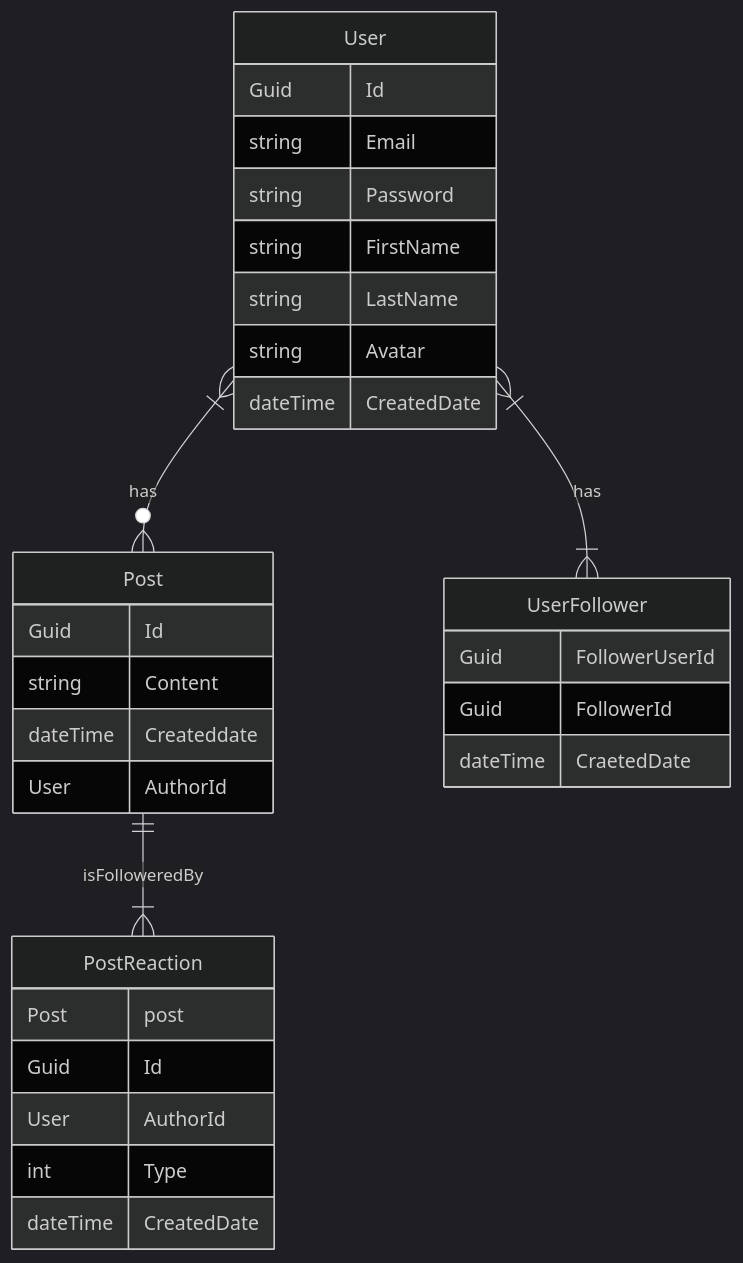
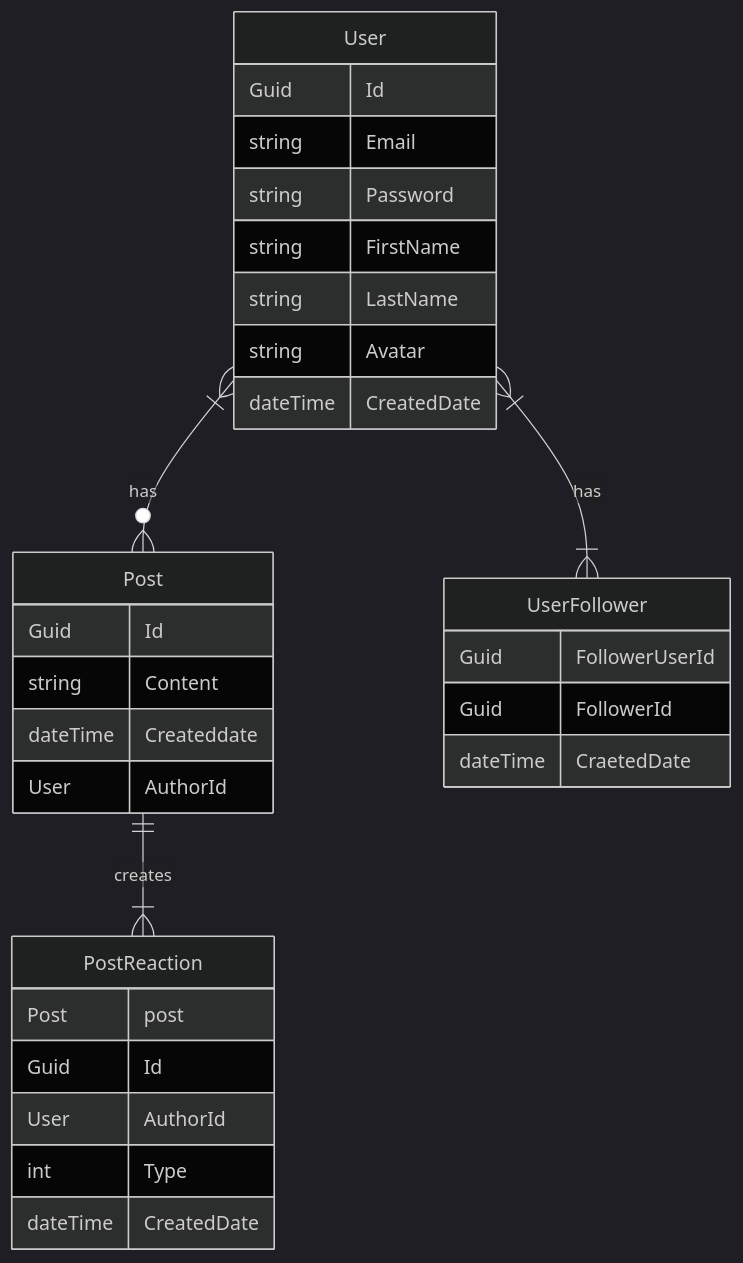
One commit to sobuse/InstagramClone changed the diagram in src/InstagramClone.Api/Entities/InstagramClone.md. Above: the diagram before and after it, drawn with Mermaid (dark theme).

Commit message:
changed the verb for better clarity

````diff
--- a/src/InstagramClone.Api/Entities/InstagramClone.md
+++ b/src/InstagramClone.Api/Entities/InstagramClone.md
@@ -3,38 +3,38 @@
 ```mermaid
 erDiagram
 
     User |{--o{Post:has
-    Post ||--|{PostReaction: isFolloweredBy 
+    Post ||--|{PostReaction: creates 
     User}|--|{UserFollower: has 
     User{
        Guid Id
        string Email
        string Password
        string FirstName
        string LastName
        string Avatar
        dateTime CreatedDate
     }
 
     UserFollower{
         Guid FollowerUserId
         Guid FollowerId
         dateTime CraetedDate
     }
 
     Post{
         Guid Id
         string Content
         dateTime Createddate
         User AuthorId
     }
 
     PostReaction{
         Post post
         Guid Id
         User AuthorId
         int Type
         dateTime CreatedDate
     }
 
 ```
````
